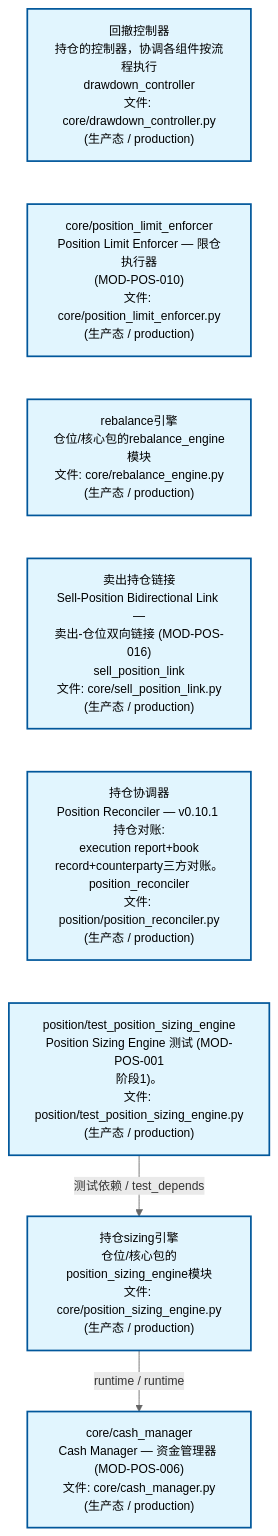
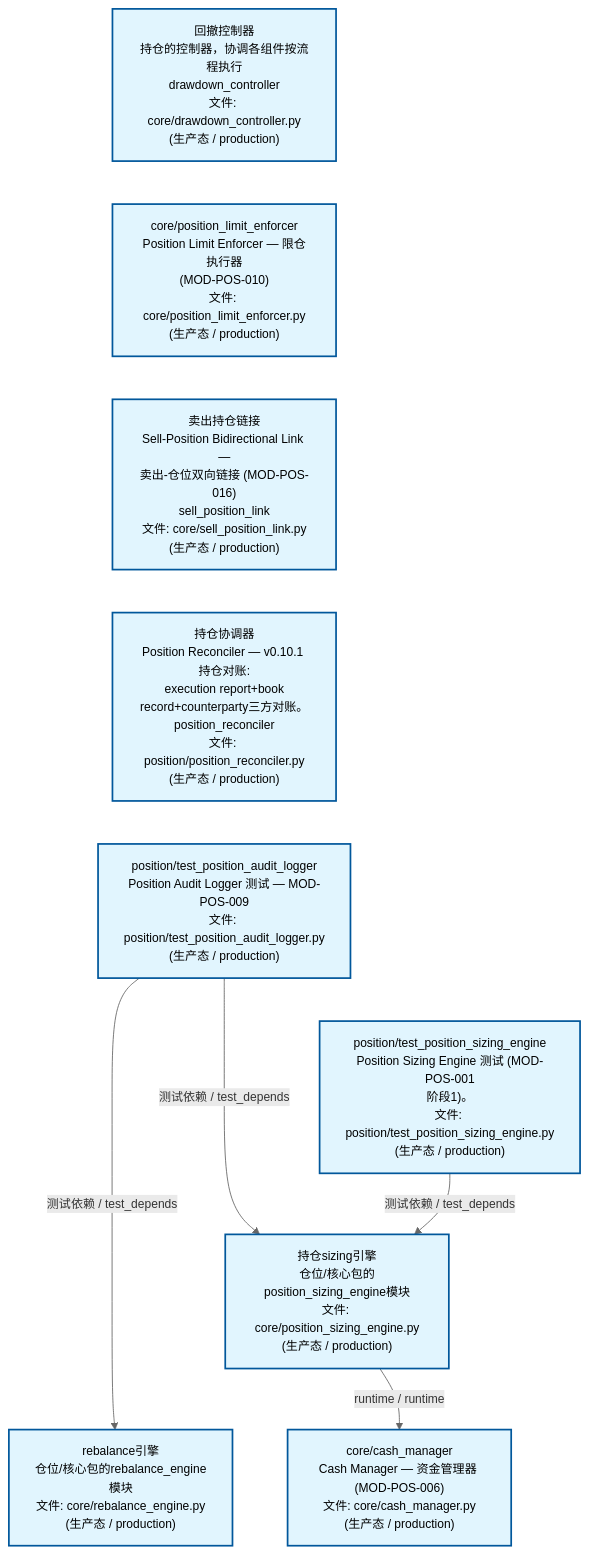
One commit to xuanFelixVan/ZephyrAlpha changed the second of 4 diagrams in docs/02_enterprise_architecture/02_domain_architecture_docs/64_d_position.md. Above: the diagram before and after it, drawn with Mermaid. The commit also changed other lines of this file and 41 other files, not shown here.

````diff
--- a/docs/02_enterprise_architecture/02_domain_architecture_docs/64_d_position.md
+++ b/docs/02_enterprise_architecture/02_domain_architecture_docs/64_d_position.md
@@ -118,24 +122,28 @@
 ```mermaid
 %%{init: {'theme': 'base', 'themeVariables': {'primaryColor': '#eaeaea', 'primaryTextColor': '#333333', 'primaryBorderColor': '#666666', 'lineColor': '#666666', 'secondaryColor': '#eaeaea', 'tertiaryColor': '#eaeaea', 'fontSize': '14px'}}}%%
 flowchart TD
     src_zephyr_position_core_drawdown_controller_py["回撤控制器<br/>持仓的控制器，协调各组件按流程执行<br/>drawdown_controller<br/>文件: core/drawdown_controller.py<br/>(生产态 / production)"]
     src_zephyr_position_core_position_limit_enforcer_py["core/position_limit_enforcer<br/>Position Limit Enforcer — 限仓执行器<br/>(MOD-POS-010)<br/>文件: core/position_limit_enforcer.py<br/>(生产态 / production)"]
-    src_zephyr_position_core_rebalance_engine_py["rebalance引擎<br/>仓位/核心包的rebalance_engine模块<br/>文件: core/rebalance_engine.py<br/>(生产态 / production)"]
     src_zephyr_position_core_sell_position_link_py["卖出持仓链接<br/>Sell-Position Bidirectional Link —<br/>卖出-仓位双向链接 (MOD-POS-016)<br/>sell_position_link<br/>文件: core/sell_position_link.py<br/>(生产态 / production)"]
     src_zephyr_position_position_reconciler_py["持仓协调器<br/>Position Reconciler — v0.10.1 持仓对账:<br/>execution report+book<br/>record+counterparty三方对账。<br/>position_reconciler<br/>文件: position/position_reconciler.py<br/>(生产态 / production)"]
+    tests_position_test_position_audit_logger_py["position/test_position_audit_logger<br/>Position Audit Logger 测试 — MOD-POS-009<br/>文件: position/test_position_audit_logger.py<br/>(生产态 / production)"]
     tests_position_test_position_sizing_engine_py["position/test_position_sizing_engine<br/>Position Sizing Engine 测试 (MOD-POS-001<br/>阶段1)。<br/>文件: position/test_position_sizing_engine.py<br/>(生产态 / production)"]
     src_zephyr_position_core_drawdown_controller_py ~~~ src_zephyr_position_core_position_limit_enforcer_py
-    src_zephyr_position_core_position_limit_enforcer_py ~~~ src_zephyr_position_core_rebalance_engine_py
-    src_zephyr_position_core_rebalance_engine_py ~~~ src_zephyr_position_core_sell_position_link_py
+    src_zephyr_position_core_position_limit_enforcer_py ~~~ src_zephyr_position_core_sell_position_link_py
     src_zephyr_position_core_sell_position_link_py ~~~ src_zephyr_position_position_reconciler_py
-    src_zephyr_position_position_reconciler_py ~~~ tests_position_test_position_sizing_engine_py
+    src_zephyr_position_position_reconciler_py ~~~ tests_position_test_position_audit_logger_py
+    tests_position_test_position_audit_logger_py ~~~ tests_position_test_position_sizing_engine_py
     src_zephyr_position_core_position_sizing_engine_py["持仓sizing引擎<br/>仓位/核心包的position_sizing_engine模块<br/>文件: core/position_sizing_engine.py<br/>(生产态 / production)"]
+    src_zephyr_position_core_rebalance_engine_py["rebalance引擎<br/>仓位/核心包的rebalance_engine模块<br/>文件: core/rebalance_engine.py<br/>(生产态 / production)"]
+    src_zephyr_position_core_position_sizing_engine_py ~~~ src_zephyr_position_core_rebalance_engine_py
     src_zephyr_position_core_cash_manager_py["core/cash_manager<br/>Cash Manager — 资金管理器 (MOD-POS-006)<br/>文件: core/cash_manager.py<br/>(生产态 / production)"]
     src_zephyr_position_core_position_sizing_engine_py -->|runtime / runtime| src_zephyr_position_core_cash_manager_py
     tests_position_test_position_sizing_engine_py -->|测试依赖 / test_depends| src_zephyr_position_core_position_sizing_engine_py
+    tests_position_test_position_audit_logger_py -->|测试依赖 / test_depends| src_zephyr_position_core_position_sizing_engine_py
+    tests_position_test_position_audit_logger_py -->|测试依赖 / test_depends| src_zephyr_position_core_rebalance_engine_py
     classDef production fill:#e1f5fe,stroke:#01579b,stroke-width:2px,color:#000
     classDef design fill:#fff3e0,stroke:#e65100,stroke-width:2px,color:#000,stroke-dasharray: 5 5
     classDef external_prod fill:#e8f4fd,stroke:#0277bd,stroke-width:1px,color:#000
     classDef external_design fill:#fff8e7,stroke:#ef6c00,stroke-width:1px,color:#000,stroke-dasharray: 5 5
-    class src_zephyr_position_core_cash_manager_py,src_zephyr_position_core_drawdown_controller_py,src_zephyr_position_core_position_limit_enforcer_py,src_zephyr_position_core_position_sizing_engine_py,src_zephyr_position_core_rebalance_engine_py,src_zephyr_position_core_sell_position_link_py,src_zephyr_position_position_reconciler_py,tests_position_test_position_sizing_engine_py production
+    class src_zephyr_position_core_cash_manager_py,src_zephyr_position_core_drawdown_controller_py,src_zephyr_position_core_position_limit_enforcer_py,src_zephyr_position_core_position_sizing_engine_py,src_zephyr_position_core_rebalance_engine_py,src_zephyr_position_core_sell_position_link_py,src_zephyr_position_position_reconciler_py,tests_position_test_position_audit_logger_py,tests_position_test_position_sizing_engine_py production
 ```
````
